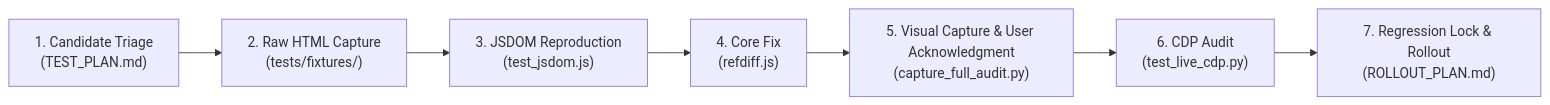
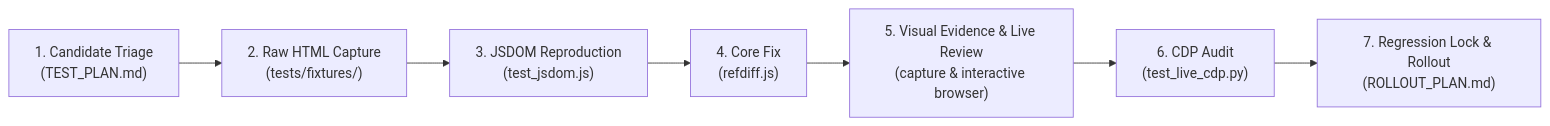
The diagram in AUDIT_STRATEGY.md (psytrap/refdiff), drawn with Mermaid before and after one commit. The commit also changed other lines of this file and 17 other files, not shown here.

````diff
--- a/AUDIT_STRATEGY.md
+++ b/AUDIT_STRATEGY.md
@@ -254,9 +254,9 @@
 ```mermaid
 flowchart LR
     Q1["1. Candidate Triage<br/>(TEST_PLAN.md)"] --> Q2["2. Raw HTML Capture<br/>(tests/fixtures/)"]
     Q2 --> Q3["3. JSDOM Reproduction<br/>(test_jsdom.js)"]
     Q3 --> Q4["4. Core Fix<br/>(refdiff.js)"]
-    Q4 --> Q5["5. Visual Capture & User Acknowledgment<br/>(capture_full_audit.py)"]
+    Q4 --> Q5["5. Visual Evidence & Live Review<br/>(capture & interactive browser)"]
     Q5 --> Q6["6. CDP Audit<br/>(test_live_cdp.py)"]
     Q6 --> Q7["7. Regression Lock & Rollout<br/>(ROLLOUT_PLAN.md)"]
 ```
````
